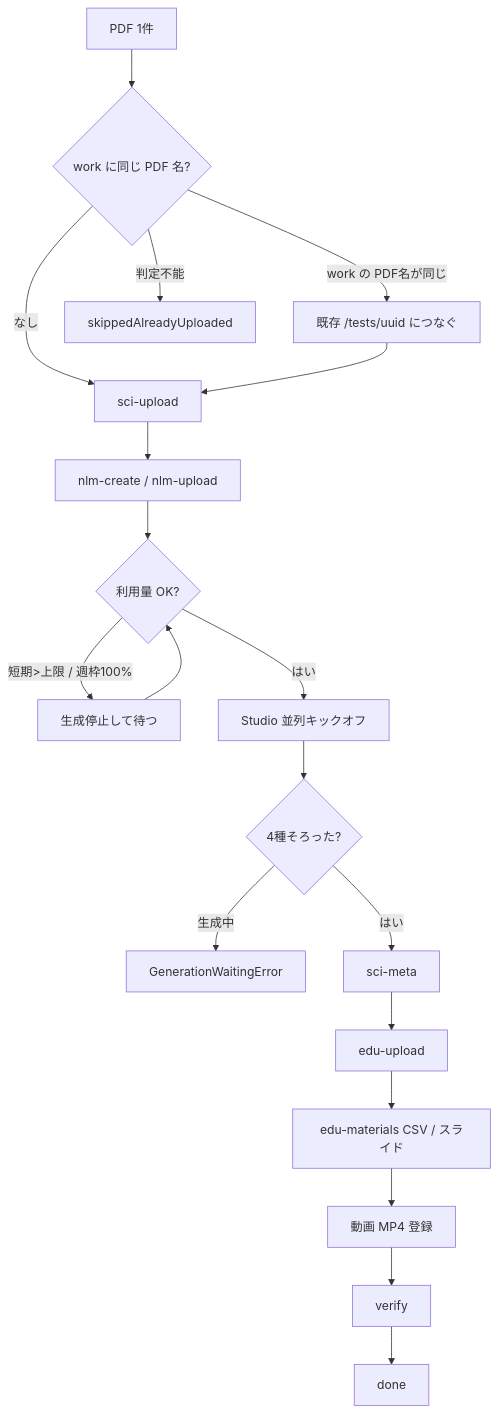
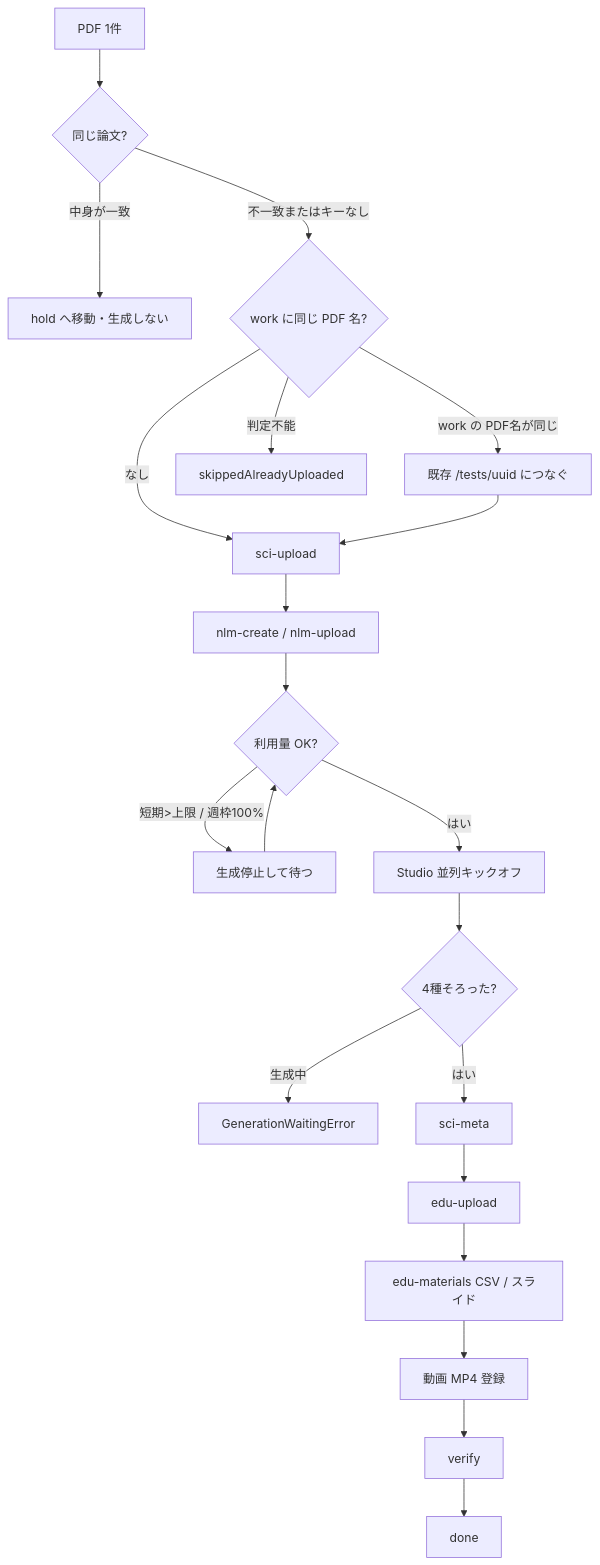
One commit to doren-hub/Edu-Share changed the second of 4 diagrams in tools/paper-pipeline/docs/flow.md. Above: the diagram before and after it, drawn with Mermaid. The commit also changed other lines of this file and 8 other files, not shown here.

````diff
--- a/tools/paper-pipeline/docs/flow.md
+++ b/tools/paper-pipeline/docs/flow.md
@@ -42,21 +46,23 @@
 ```mermaid
 flowchart TD
-  start[PDF 1件] --> exist{work に同じ PDF 名?}
+  start[PDF 1件] --> dup{同じ論文?}
+  dup -->|中身が一致| hold[hold へ移動・生成しない]
+  dup -->|不一致またはキーなし| exist{work に同じ PDF 名?}
   exist -->|work の PDF名が同じ| adopt[既存 /tests/uuid につなぐ]
   exist -->|判定不能| skip[skippedAlreadyUploaded]
   exist -->|なし| sciUp
   adopt --> sciUp
   sciUp[sci-upload] --> nlm[nlm-create / nlm-upload]
   nlm --> quota{利用量 OK?}
   quota -->|短期>上限 / 週枠100%| pause[生成停止して待つ]
   pause --> quota
   quota -->|はい| studio[Studio 並列キックオフ]
   studio --> wait{4種そろった?}
   wait -->|生成中| yield[GenerationWaitingError]
   wait -->|はい| sciMeta[sci-meta]
   sciMeta --> eduUp[edu-upload]
   eduUp --> mat[edu-materials CSV / スライド]
   mat --> vid[動画 MP4 登録]
   vid --> ver[verify]
   ver --> done[done]
 ```
````
